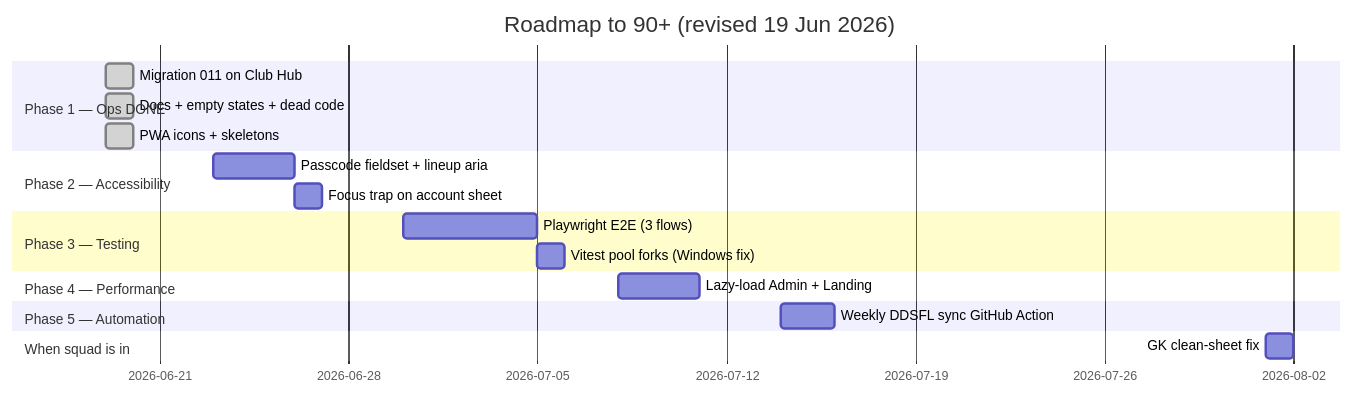
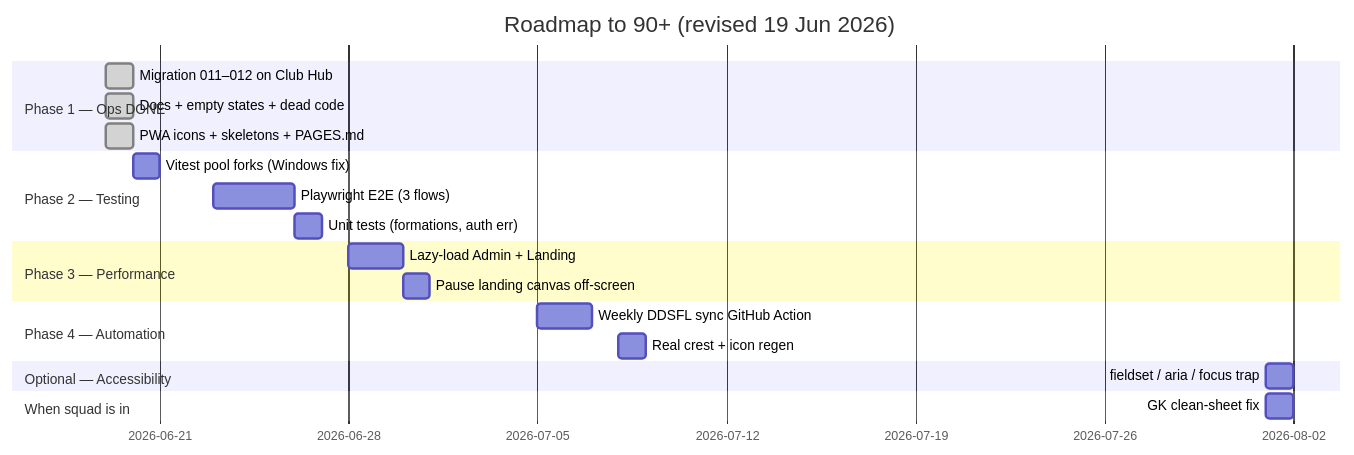
The diagram in docs/ROADMAP-90.md (lewisjakewhite26/bmfcapp), drawn with Mermaid before and after one commit. The commit also changed other lines of this file and 1 other file, not shown here.

First line of the commit message:
Add page map doc and reprioritise roadmap around testing.

````diff
--- a/docs/ROADMAP-90.md
+++ b/docs/ROADMAP-90.md
@@ -37,21 +79,45 @@
 ```mermaid
+
 gantt
+
     title Roadmap to 90+ (revised 19 Jun 2026)
+
     dateFormat  YYYY-MM-DD
+
     section Phase 1 — Ops DONE
-    Migration 011 on Club Hub           :done, p1a, 2026-06-19, 1d
-    Docs + empty states + dead code     :done, p1b, 2026-06-19, 1d
-    PWA icons + skeletons               :done, p1c, 2026-06-19, 1d
-    section Phase 2 — Accessibility
-    Passcode fieldset + lineup aria       :p2a, 2026-06-23, 3d
-    Focus trap on account sheet           :p2b, 2026-06-26, 1d
-    section Phase 3 — Testing
-    Playwright E2E (3 flows)              :p3a, 2026-06-30, 5d
-    Vitest pool forks (Windows fix)       :p3b, 2026-07-05, 1d
-    section Phase 4 — Performance
-    Lazy-load Admin + Landing             :p4a, 2026-07-08, 3d
-    section Phase 5 — Automation
-    Weekly DDSFL sync GitHub Action       :p5a, 2026-07-14, 2d
+
+    Migration 011–012 on Club Hub     :done, p1a, 2026-06-19, 1d
+
+    Docs + empty states + dead code   :done, p1b, 2026-06-19, 1d
+
+    PWA icons + skeletons + PAGES.md  :done, p1c, 2026-06-19, 1d
+
+    section Phase 2 — Testing
+
+    Vitest pool forks (Windows fix)   :p2a, 2026-06-20, 1d
+
+    Playwright E2E (3 flows)          :p2b, 2026-06-23, 3d
+
+    Unit tests (formations, auth err) :p2c, 2026-06-26, 1d
+
+    section Phase 3 — Performance
+
+    Lazy-load Admin + Landing           :p3a, 2026-06-28, 2d
+
+    Pause landing canvas off-screen     :p3b, 2026-06-30, 1d
+
+    section Phase 4 — Automation
+
+    Weekly DDSFL sync GitHub Action     :p4a, 2026-07-05, 2d
+
+    Real crest + icon regen             :p4b, 2026-07-08, 1d
+
+    section Optional — Accessibility
+
+    fieldset / aria / focus trap        :p5a, 2026-08-01, 1d
+
     section When squad is in
-    GK clean-sheet fix                    :p6a, 2026-08-01, 1d
+
+    GK clean-sheet fix                  :p6a, 2026-08-01, 1d
+
 ```
````
